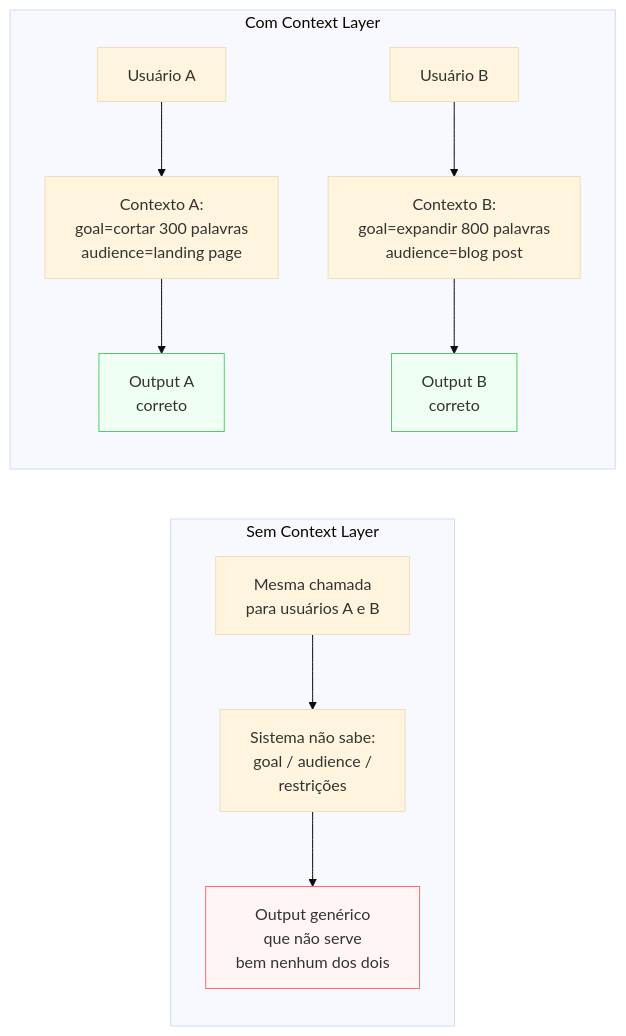
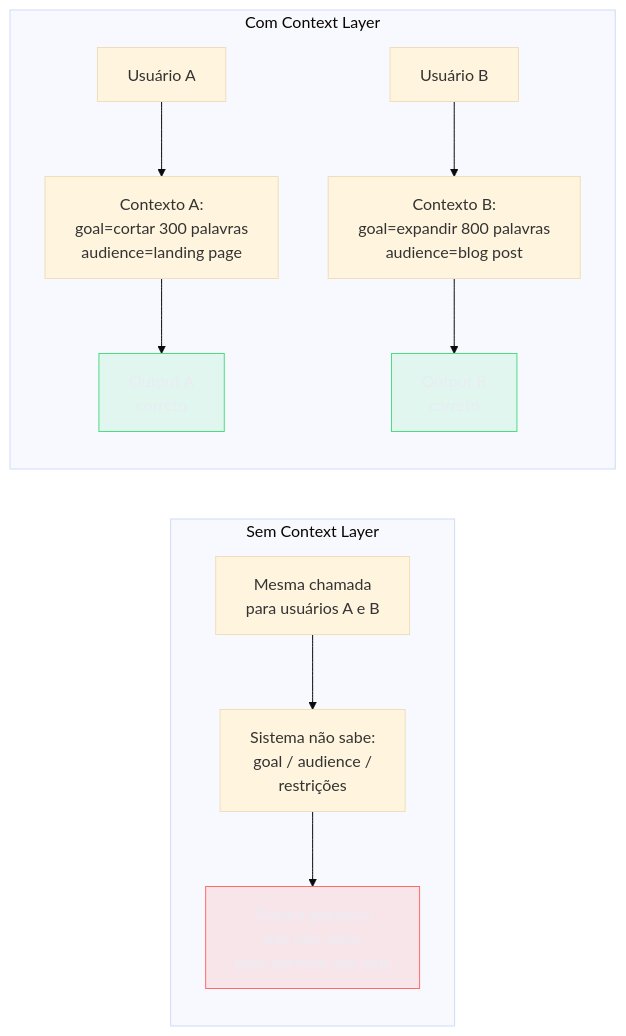
One commit to josenaldo/codex-technomanticus changed the first of 2 diagrams in 03-Dominios/Tecnologia/IA/AI Engineering Stack/04 - Context Layer.md. Above: the diagram before and after it, drawn with Mermaid (base theme). The commit also changed other lines of this file and 1181 other files, not shown here.

First line of the commit message:
fix(diagramas): paleta do sistema no lugar de cor cravada no markdown

````diff
--- a/03-Dominios/Tecnologia/IA/AI Engineering Stack/04 - Context Layer.md
+++ b/03-Dominios/Tecnologia/IA/AI Engineering Stack/04 - Context Layer.md
@@ -32,25 +32,27 @@
 ```mermaid
 flowchart LR
+    classDef falha fill:#FF6B6B24,stroke:#FF6B6B,color:#E9ECF2
+    classDef ok fill:#4ADE8021,stroke:#4ADE80,color:#E9ECF2
     subgraph "Sem Context Layer"
         A1["Mesma chamada\npara usuários A e B"]
         A2["Sistema não sabe:\ngoal / audience /\nrestrições"]
         A3["Output genérico\nque não serve\nbem nenhum dos dois"]
     end
 
     subgraph "Com Context Layer"
         B1["Usuário A"]
         B2["Usuário B"]
         B3["Contexto A:\ngoal=cortar 300 palavras\naudience=landing page"]
         B4["Contexto B:\ngoal=expandir 800 palavras\naudience=blog post"]
         B5["Output A\ncorreto"]
         B6["Output B\ncorreto"]
     end
 
     A1 --> A2 --> A3
     B1 --> B3 --> B5
     B2 --> B4 --> B6
 
-    style A3 fill:#fff5f5,stroke:#ff6b6b
-    style B5 fill:#f0fff4,stroke:#51cf66
-    style B6 fill:#f0fff4,stroke:#51cf66
+    class A3 falha
+    class B5 ok
+    class B6 ok
 ```
````
